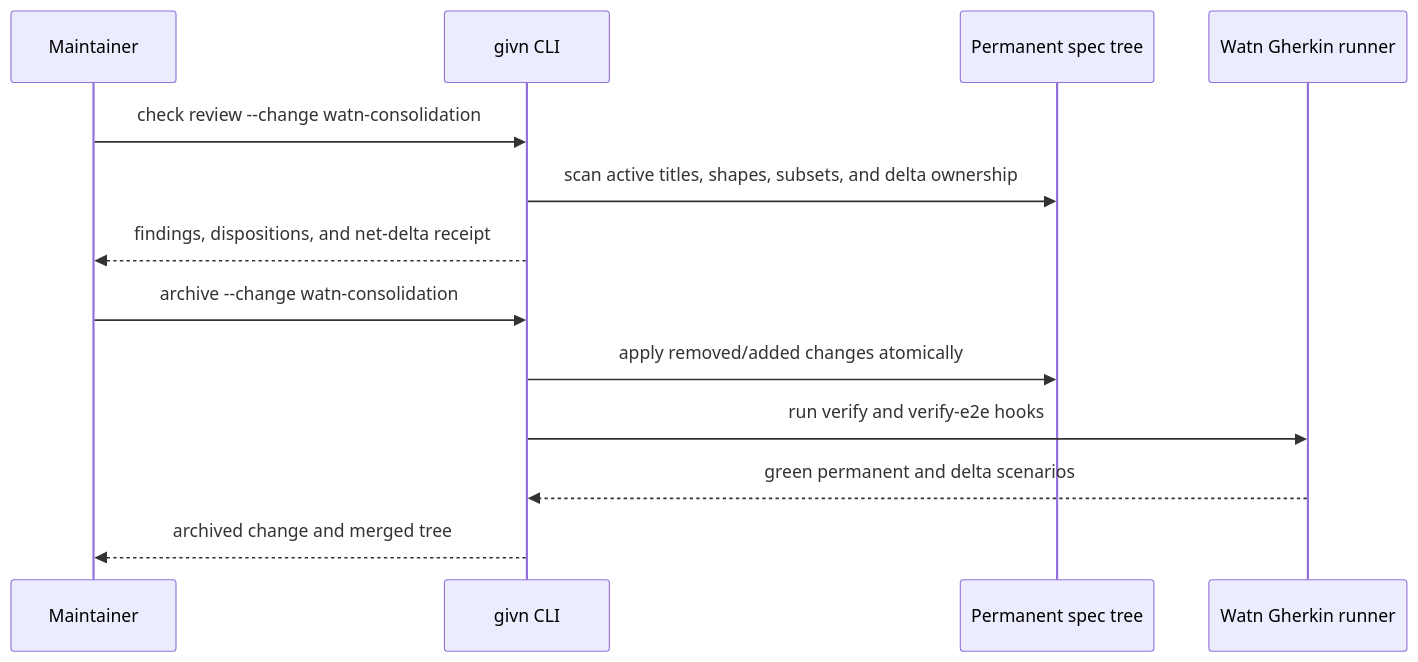
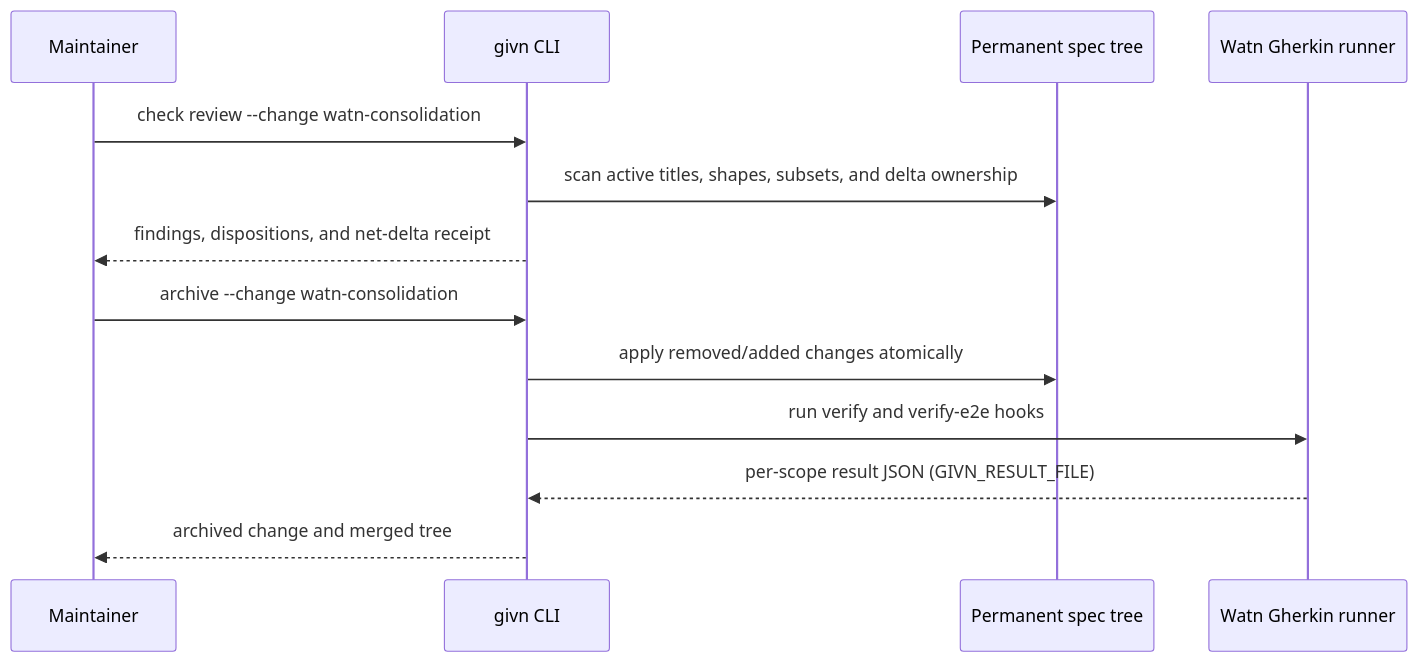
Before and after one commit to buster/watn: diagram 26 of 26 in docs/arc42/06-runtime-view.md, drawn with Mermaid. The commit also changed other lines of this file and 5 other files, not shown here.

````diff
--- a/docs/arc42/06-runtime-view.md
+++ b/docs/arc42/06-runtime-view.md
@@ -1021,16 +1021,16 @@
 ```mermaid
 sequenceDiagram
     participant Maintainer
     participant Givn as givn CLI
     participant Specs as Permanent spec tree
     participant Runner as Watn Gherkin runner
 
     Maintainer->>Givn: check review --change watn-consolidation
     Givn->>Specs: scan active titles, shapes, subsets, and delta ownership
     Givn-->>Maintainer: findings, dispositions, and net-delta receipt
     Maintainer->>Givn: archive --change watn-consolidation
     Givn->>Specs: apply removed/added changes atomically
     Givn->>Runner: run verify and verify-e2e hooks
-    Runner-->>Givn: green permanent and delta scenarios
+    Runner-->>Givn: per-scope result JSON (GIVN_RESULT_FILE)
     Givn-->>Maintainer: archived change and merged tree
 ```
````
